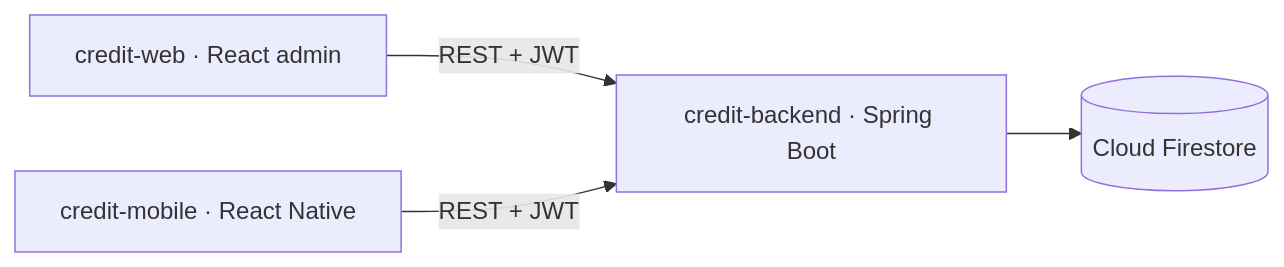
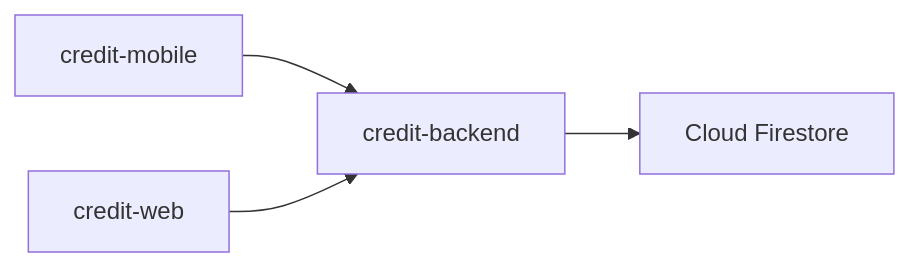
Before and after one commit to CarlosPolo019/credit-mobile: the first of 2 diagrams in README.md, drawn with Mermaid. The commit also changed other lines of this file, not shown here.

Commit message:
docs: simplify mermaid diagrams

````diff
--- a/README.md
+++ b/README.md
@@ -57,6 +57,6 @@
 ```mermaid
 flowchart LR
-  web["credit-web · React admin"] -->|REST + JWT| api["credit-backend · Spring Boot"]
-  mobile["credit-mobile · React Native"] -->|REST + JWT| api
-  api --> firestore[("Cloud Firestore")]
+  MOBILE[credit-mobile] --> API[credit-backend]
+  WEB[credit-web] --> API
+  API --> DB[Cloud Firestore]
 ```
````
